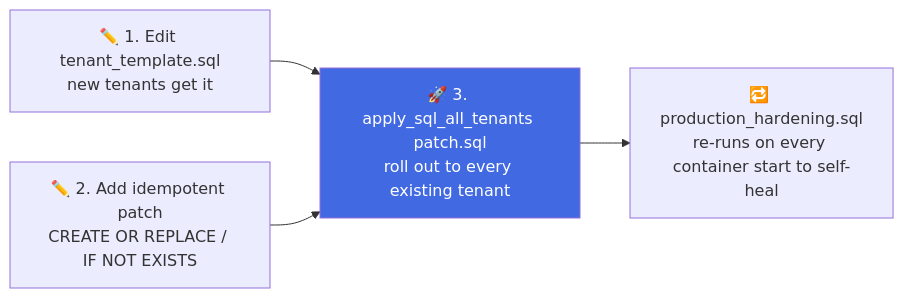
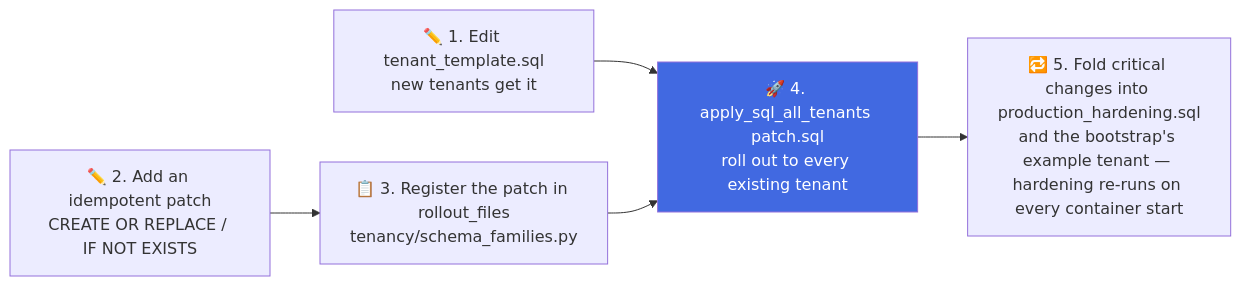
One commit to Maaz-Bin-Haider/Financee_Multitenant_Production changed the seventh of 9 diagrams in README.md. Above: the diagram before and after it, drawn with Mermaid. The commit also changed other lines of this file and 2 other files, not shown here.

````diff
--- a/README.md
+++ b/README.md
@@ -441,8 +457,9 @@
 ```mermaid
 flowchart LR
-    A[✏️ 1. Edit tenant_template.sql<br/>new tenants get it] --> C
-    B[✏️ 2. Add idempotent patch<br/>CREATE OR REPLACE / IF NOT EXISTS] --> C
-    C[🚀 3. apply_sql_all_tenants patch.sql<br/>roll out to every existing tenant]
-    C --> D[🔁 production_hardening.sql<br/>re-runs on every container start to self-heal]
+    A["✏️ 1. Edit tenant_template.sql<br/>new tenants get it"] --> C
+    B["✏️ 2. Add an idempotent patch<br/>CREATE OR REPLACE / IF NOT EXISTS"] --> R
+    R["📋 3. Register the patch in rollout_files<br/>tenancy/schema_families.py"] --> C
+    C["🚀 4. apply_sql_all_tenants patch.sql<br/>roll out to every existing tenant"]
+    C --> D["🔁 5. Fold critical changes into production_hardening.sql<br/>and the bootstrap's example tenant — hardening re-runs on every container start"]
     style C fill:#4169E1,color:#fff
 ```
````
